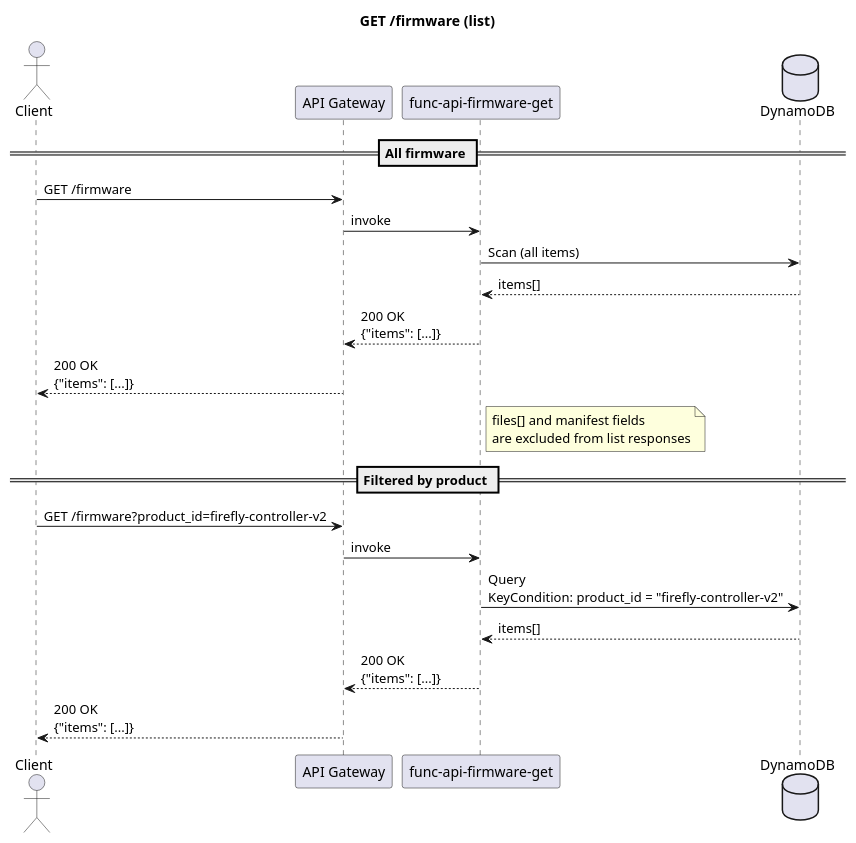
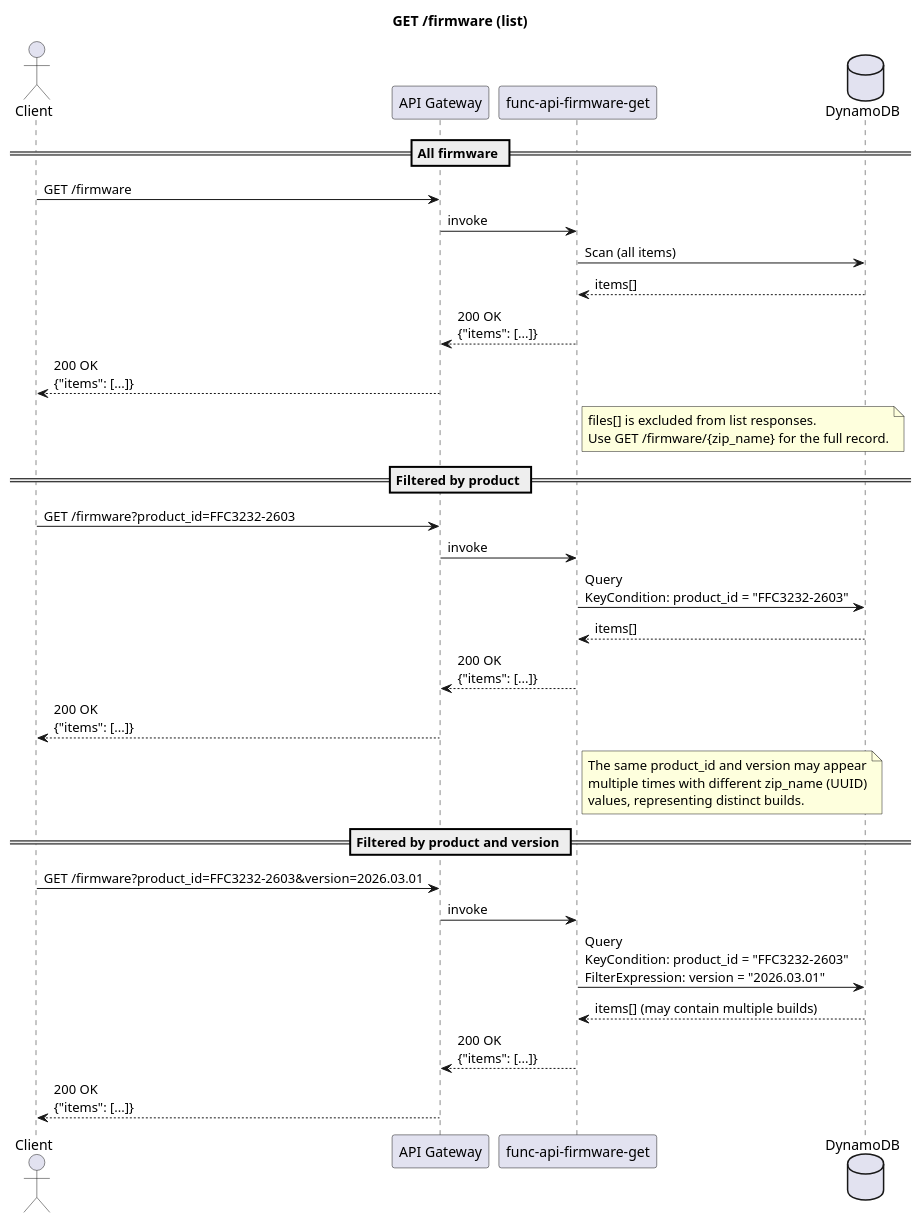
Before and after one commit to BrentIO/FireFly-Cloud: the diagram in docs/sequences/get-firmware-list.puml, drawn with PlantUML. The commit also changed 4 other files, not shown here.

First line of the commit message:
Update OpenAPI spec and sequence diagrams

```diff
--- a/docs/sequences/get-firmware-list.puml
+++ b/docs/sequences/get-firmware-list.puml
@@ -1,33 +1,48 @@
 @startuml GET /firmware
 
 title GET /firmware (list)
 
 actor Client
 participant "API Gateway" as APIGW
 participant "func-api-firmware-get" as Lambda
 database DynamoDB
 
 == All firmware ==
 
 Client -> APIGW : GET /firmware
 APIGW -> Lambda : invoke
 Lambda -> DynamoDB : Scan (all items)
 DynamoDB --> Lambda : items[]
 Lambda --> APIGW : 200 OK\n{"items": [...]}
 APIGW --> Client : 200 OK\n{"items": [...]}
 
 note right of Lambda
-  files[] and manifest fields
-  are excluded from list responses
+  files[] is excluded from list responses.
+  Use GET /firmware/{zip_name} for the full record.
 end note
 
 == Filtered by product ==
 
-Client -> APIGW : GET /firmware?product_id=firefly-controller-v2
+Client -> APIGW : GET /firmware?product_id=FFC3232-2603
 APIGW -> Lambda : invoke
-Lambda -> DynamoDB : Query\nKeyCondition: product_id = "firefly-controller-v2"
+Lambda -> DynamoDB : Query\nKeyCondition: product_id = "FFC3232-2603"
 DynamoDB --> Lambda : items[]
 Lambda --> APIGW : 200 OK\n{"items": [...]}
 APIGW --> Client : 200 OK\n{"items": [...]}
 
+note right of Lambda
+  The same product_id and version may appear
+  multiple times with different zip_name (UUID)
+  values, representing distinct builds.
+end note
+
+== Filtered by product and version ==
+
+Client -> APIGW : GET /firmware?product_id=FFC3232-2603&version=2026.03.01
+APIGW -> Lambda : invoke
+Lambda -> DynamoDB : Query\nKeyCondition: product_id = "FFC3232-2603"\nFilterExpression: version = "2026.03.01"
+DynamoDB --> Lambda : items[] (may contain multiple builds)
+Lambda --> APIGW : 200 OK\n{"items": [...]}
+APIGW --> Client : 200 OK\n{"items": [...]}
+
 @enduml
```
